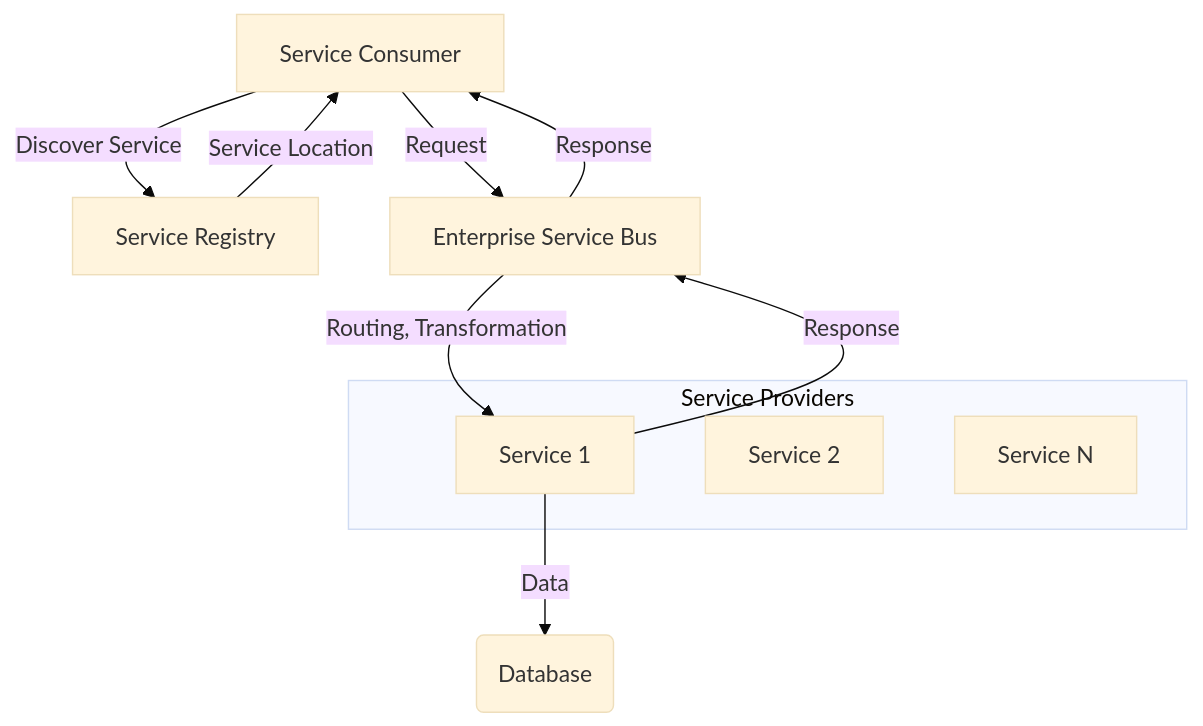
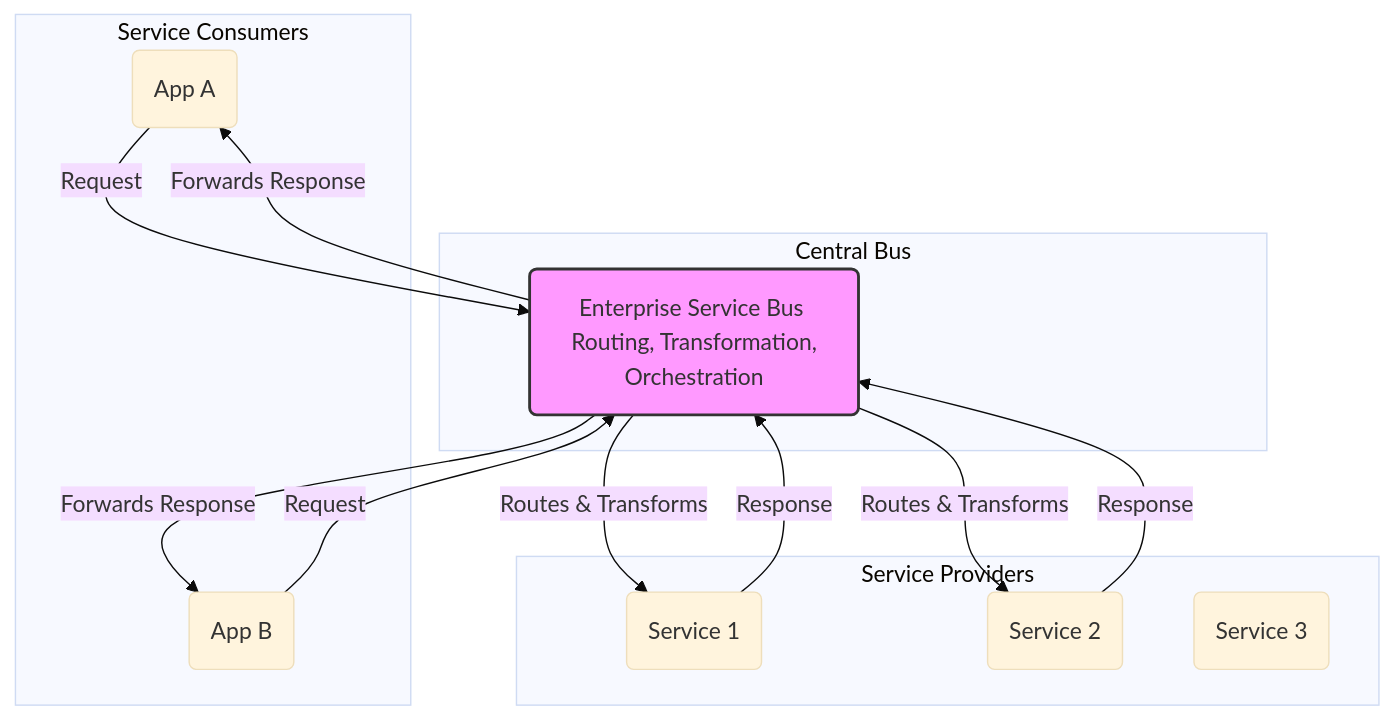
Before and after one commit to bmeurant/technical-docs: the diagram in software-architecture/architectural-styles/soa.md, drawn with Mermaid (base theme). The commit also changed other lines of this file and 35 other files, not shown here.

Commit message:
docs(software-architecture): various fixes

````diff
--- a/software-architecture/architectural-styles/soa.md
+++ b/software-architecture/architectural-styles/soa.md
@@ -25,20 +27,28 @@
 ```mermaid
 graph TD
-    C[Service Consumer]
-    R[Service Registry]
-    E[Enterprise Service Bus]
-
-    subgraph Service Providers
-        S1[Service 1]
-        S2[Service 2]
-        SN[Service N]
+    subgraph "Service Consumers"
+        C1(App A)
+        C2(App B)
     end
 
-    C -- "Discover Service" --> R
-    R -- "Service Location" --> C
-    C -- "Request" --> E
-    E -- "Routing, Transformation" --> S1
-    S1 -- "Response" --> E
-    E -- "Response" --> C
-    S1 -- "Data" --> G(Database)
+    subgraph "Central Bus"
+        ESB(Enterprise Service Bus <br> Routing, Transformation, Orchestration)
+    end
+
+    subgraph "Service Providers"
+        S1(Service 1)
+        S2(Service 2)
+        S3(Service 3)
+    end
+
+    C1 -- "Request" --> ESB
+    C2 -- "Request" --> ESB
+    ESB -- "Routes & Transforms" --> S1
+    ESB -- "Routes & Transforms" --> S2
+    S1 -- "Response" --> ESB
+    S2 -- "Response" --> ESB
+    ESB -- "Forwards Response" --> C1
+    ESB -- "Forwards Response" --> C2
+
+    style ESB fill:#f9f,stroke:#333,stroke-width:2px
 ```
````
